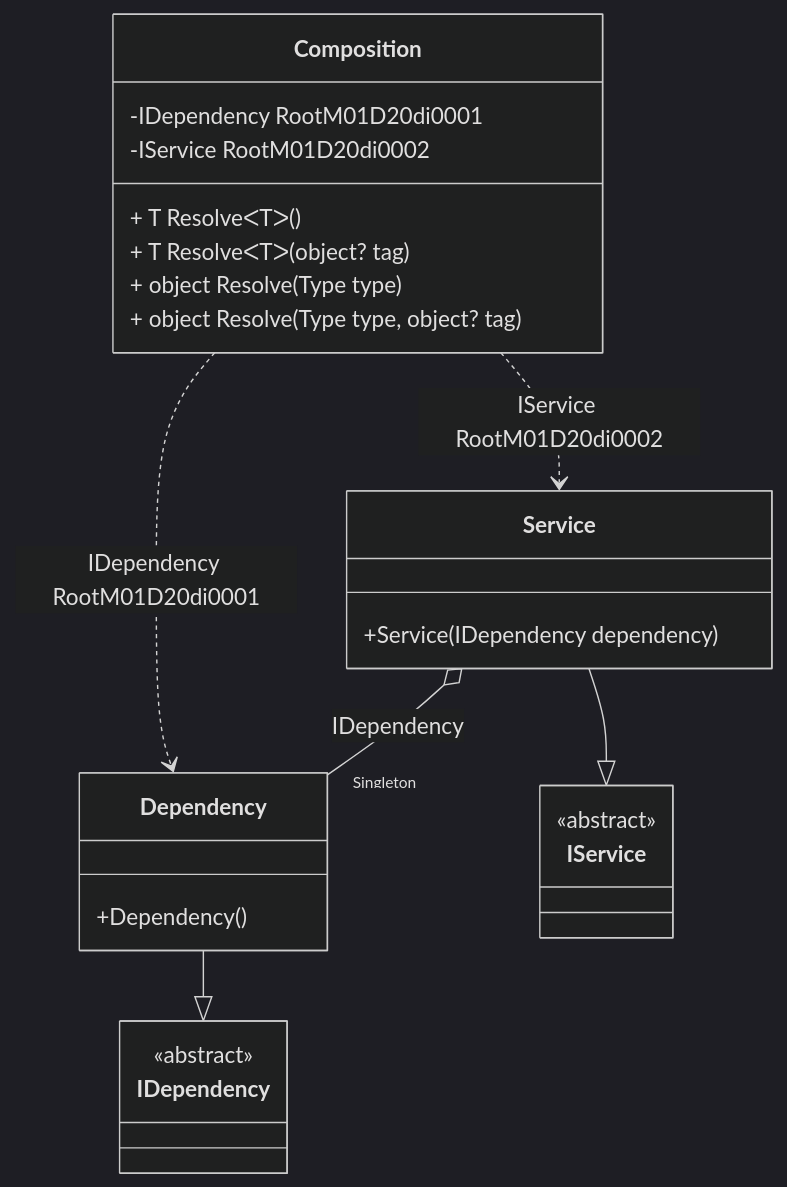
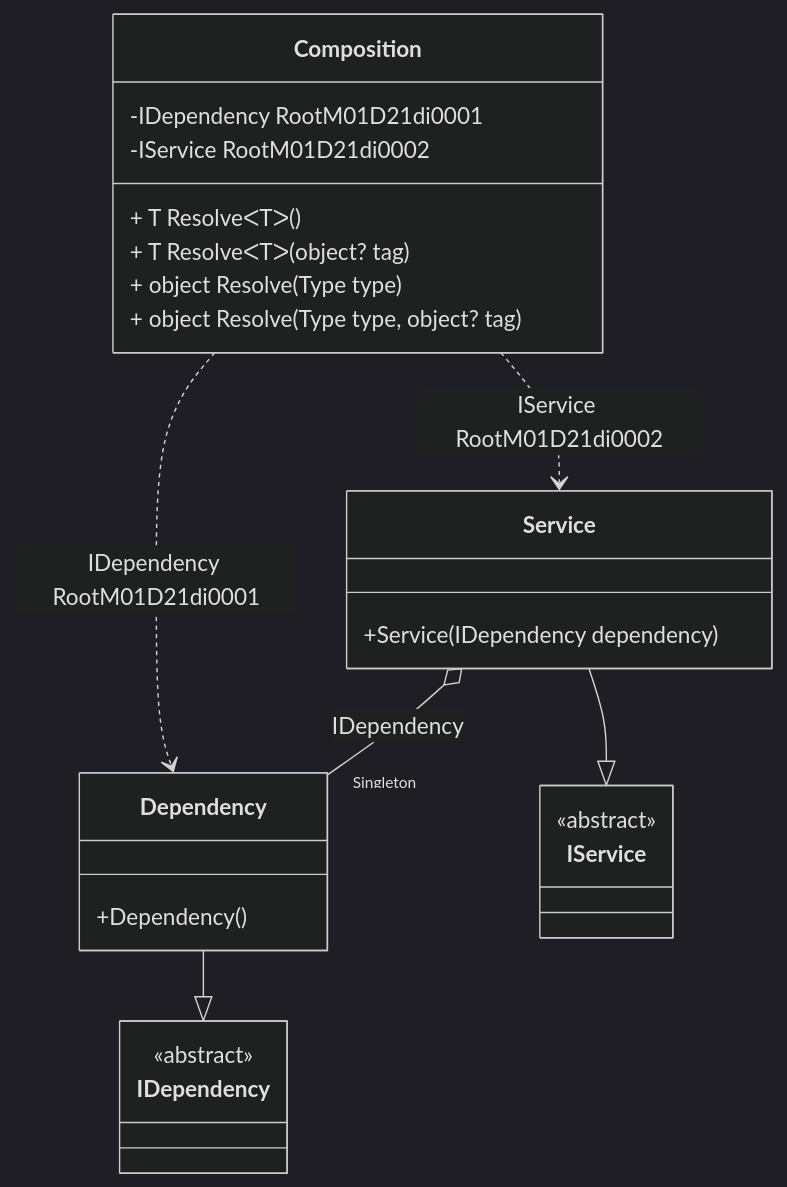
Before and after one commit to DevTeam/Pure.DI: the diagram in readme/service-collection.md, drawn with Mermaid (dark theme). The commit also changed other lines of this file and 82 other files, not shown here.

````diff
--- a/readme/service-collection.md
+++ b/readme/service-collection.md
@@ -47,28 +47,28 @@
 ```mermaid
 classDiagram
   class Composition {
-    -IDependency RootM01D20di0001
-    -IService RootM01D20di0002
+    -IDependency RootM01D21di0001
+    -IService RootM01D21di0002
     + T ResolveᐸTᐳ()
     + T ResolveᐸTᐳ(object? tag)
     + object Resolve(Type type)
     + object Resolve(Type type, object? tag)
   }
   Dependency --|> IDependency : 
   class Dependency {
     +Dependency()
   }
   Service --|> IService : 
   class Service {
     +Service(IDependency dependency)
   }
   class IDependency {
     <<abstract>>
   }
   class IService {
     <<abstract>>
   }
   Service o--  "Singleton" Dependency : IDependency
-  Composition ..> Dependency : IDependency RootM01D20di0001
-  Composition ..> Service : IService RootM01D20di0002
+  Composition ..> Dependency : IDependency RootM01D21di0001
+  Composition ..> Service : IService RootM01D21di0002
 ```
````
